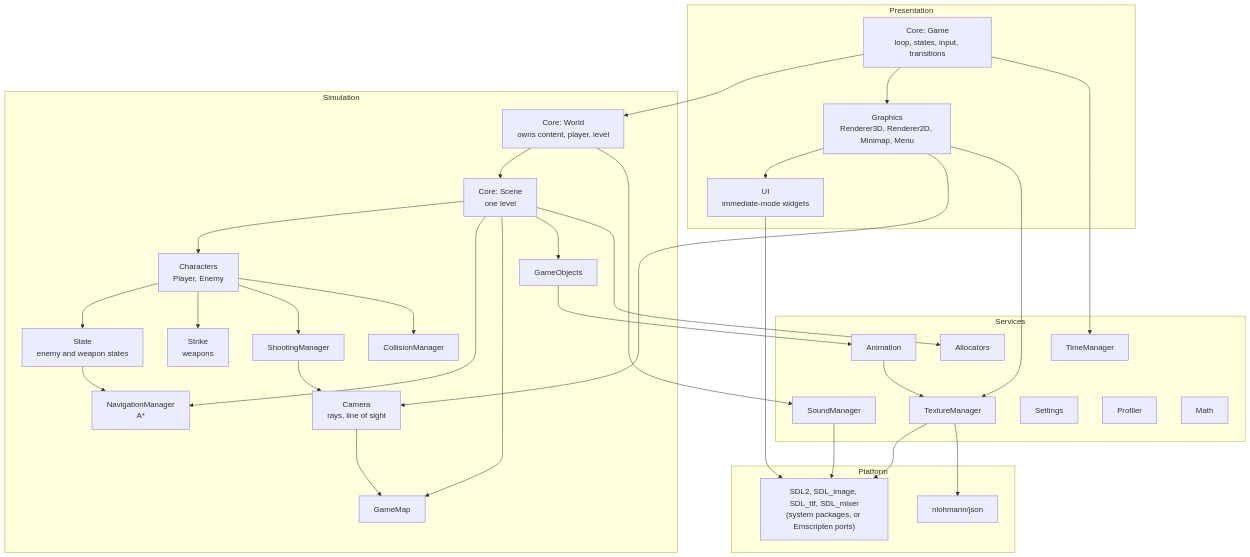
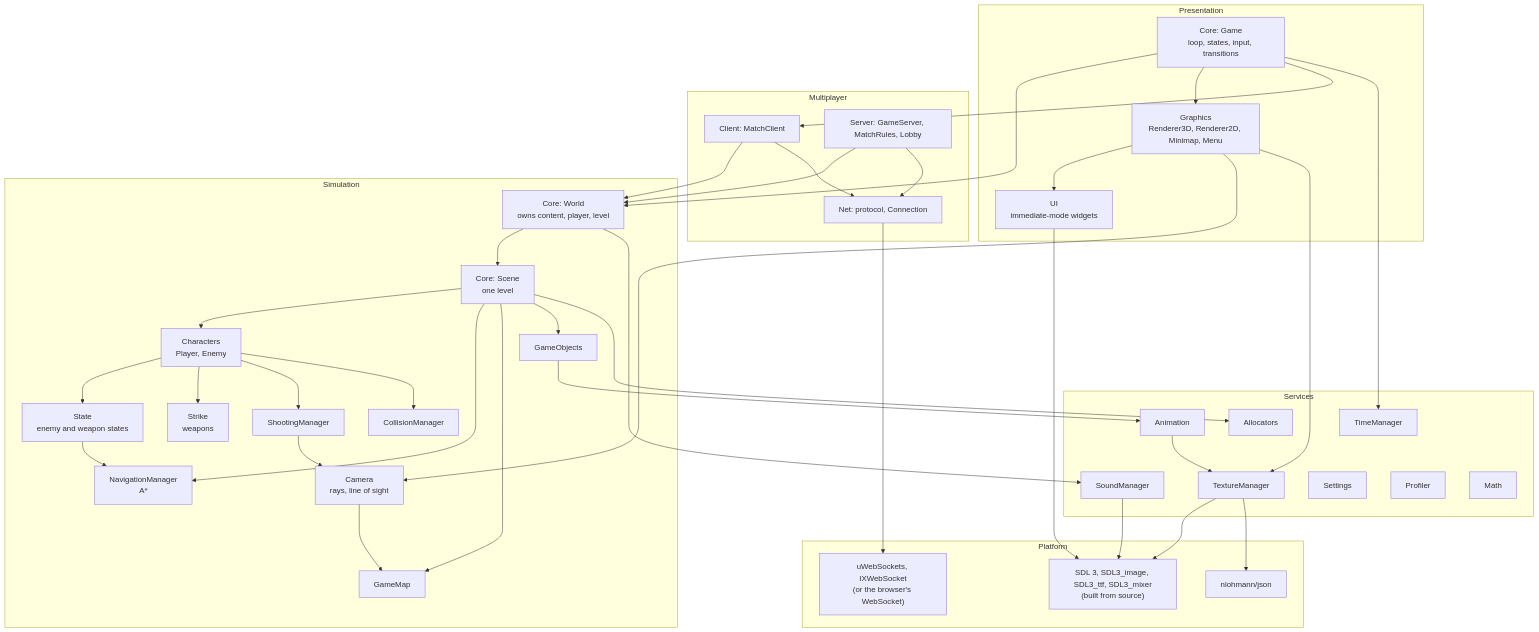
Before and after one commit to bilalkah/wolfenstein: the first of 2 diagrams in docs-site/architecture/index.md, drawn with Mermaid. The commit also changed other lines of this file and 29 other files, not shown here.

First line of the commit message:
Document SDL 3 and multiplayer

````diff
--- a/docs-site/architecture/index.md
+++ b/docs-site/architecture/index.md
@@ -50,61 +58,73 @@
 ```mermaid
 flowchart TB
     subgraph Presentation
         game["Core: Game<br/>loop, states, input, transitions"]
         gfx["Graphics<br/>Renderer3D, Renderer2D, Minimap, Menu"]
         ui["UI<br/>immediate-mode widgets"]
+    end
+    subgraph Multiplayer
+        client["Client: MatchClient"]
+        server["Server: GameServer, MatchRules, Lobby"]
+        net["Net: protocol, Connection"]
     end
     subgraph Simulation
         world["Core: World<br/>owns content, player, level"]
         scene["Core: Scene<br/>one level"]
         chars["Characters<br/>Player, Enemy"]
         state["State<br/>enemy and weapon states"]
         strike["Strike<br/>weapons"]
         shoot["ShootingManager"]
         nav["NavigationManager<br/>A*"]
         coll["CollisionManager"]
         objs["GameObjects"]
         map["GameMap"]
         cam["Camera<br/>rays, line of sight"]
     end
     subgraph Services
         sound["SoundManager"]
         tex["TextureManager"]
         anim["Animation"]
         settings["Settings"]
         time["TimeManager"]
         prof["Profiler"]
         alloc["Allocators"]
         math["Math"]
     end
     subgraph Platform
-        sdl["SDL2, SDL_image, SDL_ttf, SDL_mixer<br/>(system packages, or Emscripten ports)"]
+        sdl["SDL 3, SDL3_image, SDL3_ttf, SDL3_mixer<br/>(built from source)"]
         json["nlohmann/json"]
+        ws["uWebSockets, IXWebSocket<br/>(or the browser's WebSocket)"]
     end
     game --> world
     game --> gfx
+    game --> client
+    client --> world
+    client --> net
+    server --> world
+    server --> net
+    net --> ws
     game --> time
     gfx --> ui
     gfx --> cam
     world --> scene
     scene --> chars
     scene --> nav
     scene --> map
     scene --> objs
     scene --> alloc
     chars --> state
     chars --> strike
     chars --> shoot
     chars --> coll
     state --> nav
     shoot --> cam
     cam --> map
     world --> sound
     gfx --> tex
     anim --> tex
     objs --> anim
     tex --> sdl
     tex --> json
     sound --> sdl
     ui --> sdl
 ```
````
